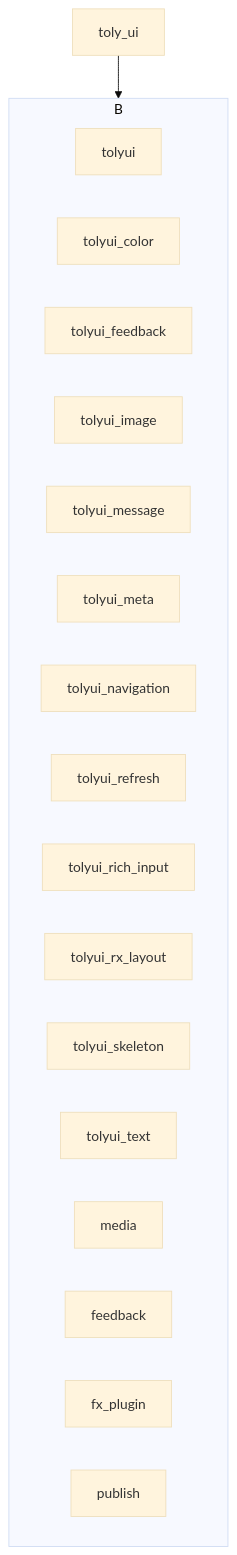
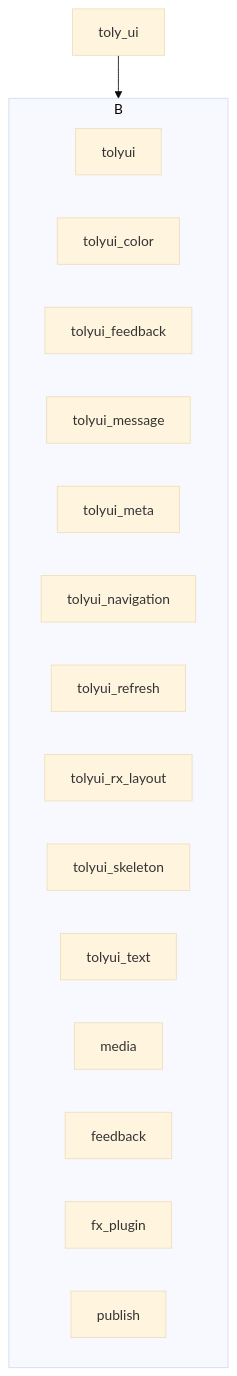
Before and after one commit to TolyFx/toly_ui: the first of 6 diagrams in doc/dev/project_analysis.md, drawn with Mermaid (base theme). The commit also changed other lines of this file and 338 other files, not shown here.

````diff
--- a/doc/dev/project_analysis.md
+++ b/doc/dev/project_analysis.md
@@ -12,22 +12,20 @@
 ```mermaid
 graph TD
     A[toly_ui] --> B{modules};
     subgraph B
         C[tolyui]
         D[tolyui_color]
         E[tolyui_feedback]
-        F[tolyui_image]
         G[tolyui_message]
         H[tolyui_meta]
         I[tolyui_navigation]
         J[tolyui_refresh]
-        K[tolyui_rich_input]
         L[tolyui_rx_layout]
         M[tolyui_skeleton]
         N[tolyui_text]
         O[media]
         Q[feedback]
         R[fx_plugin]
         S[publish]
     end
 ```
````
